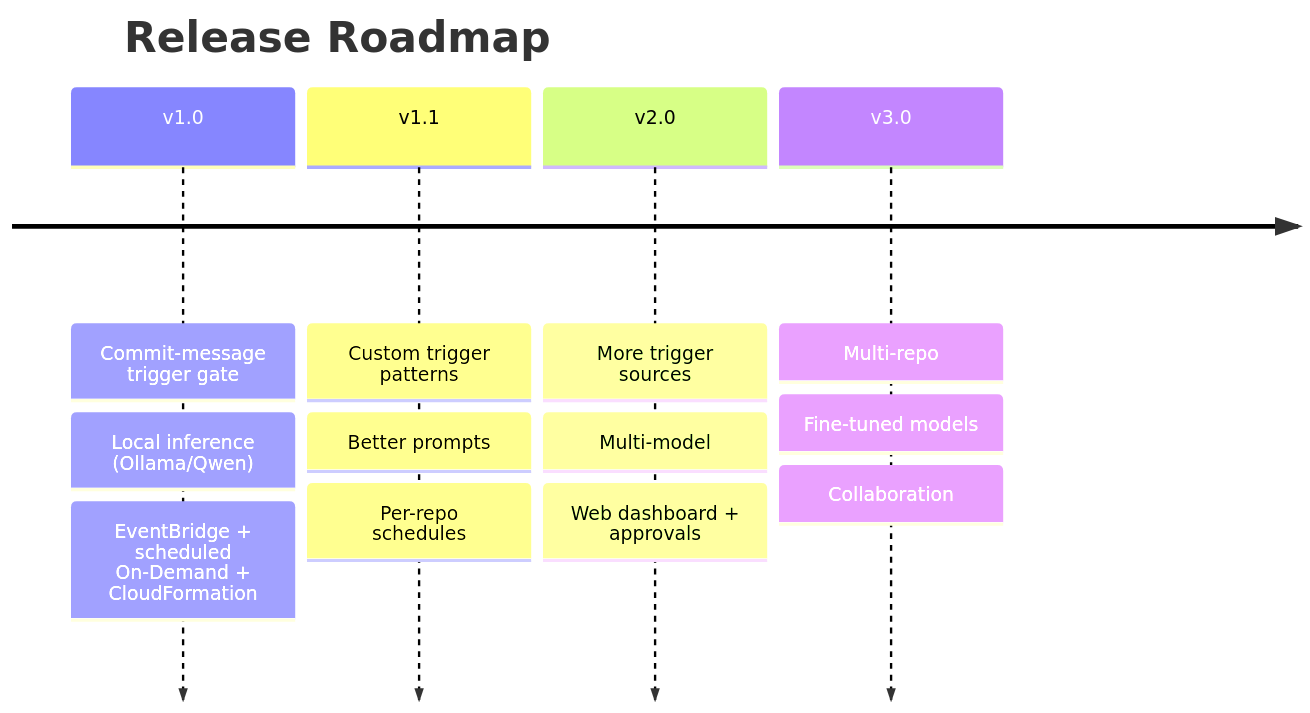
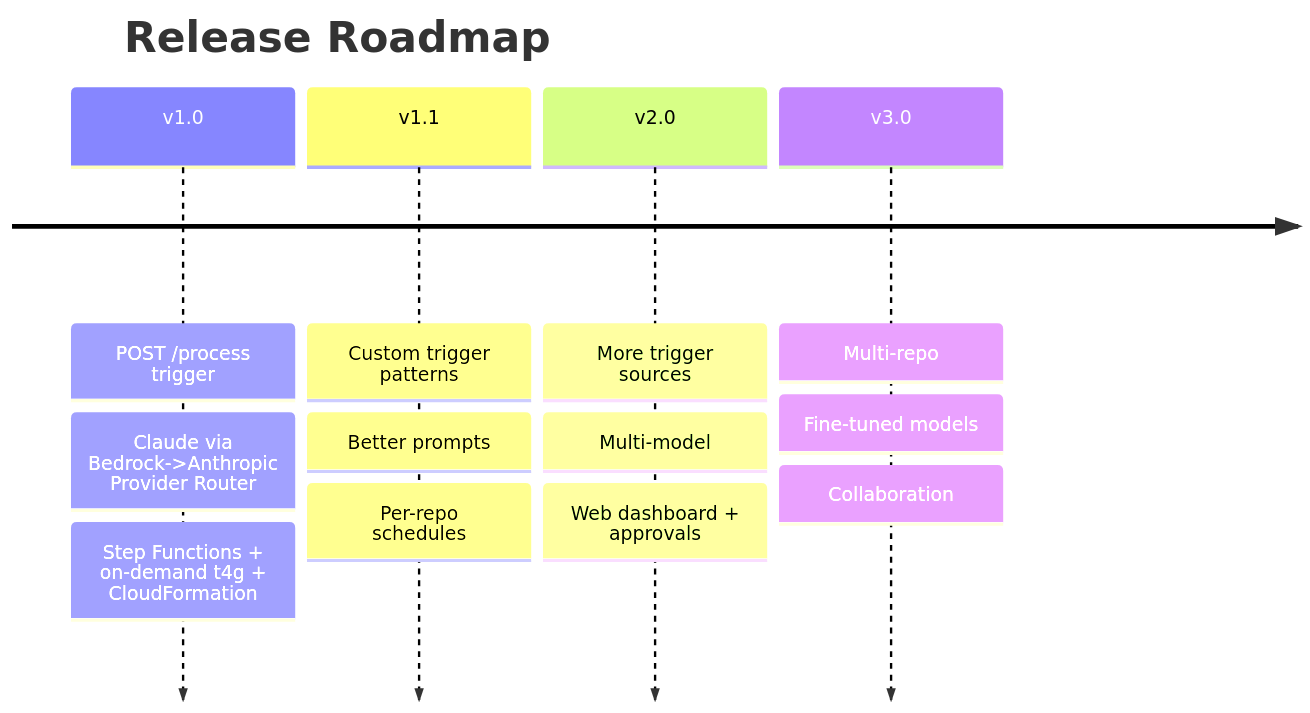
Before and after one commit to teddynted/ai-github-repository-blog-generator: the diagram in docs/roadmap.md, drawn with Mermaid. The commit also changed other lines of this file and 2 other files, not shown here.

First line of the commit message:
docs(cost,roadmap,monitoring): rework for the new architecture (Stage D)

````diff
--- a/docs/roadmap.md
+++ b/docs/roadmap.md
@@ -7,8 +7,8 @@
 ```mermaid
 timeline
     title Release Roadmap
-    v1.0 : Commit-message trigger gate : Local inference (Ollama/Qwen) : EventBridge + scheduled On-Demand + CloudFormation
+    v1.0 : POST /process trigger : Claude via Bedrock->Anthropic Provider Router : Step Functions + on-demand t4g + CloudFormation
     v1.1 : Custom trigger patterns : Better prompts : Per-repo schedules
     v2.0 : More trigger sources : Multi-model : Web dashboard + approvals
     v3.0 : Multi-repo : Fine-tuned models : Collaboration
 ```
````
